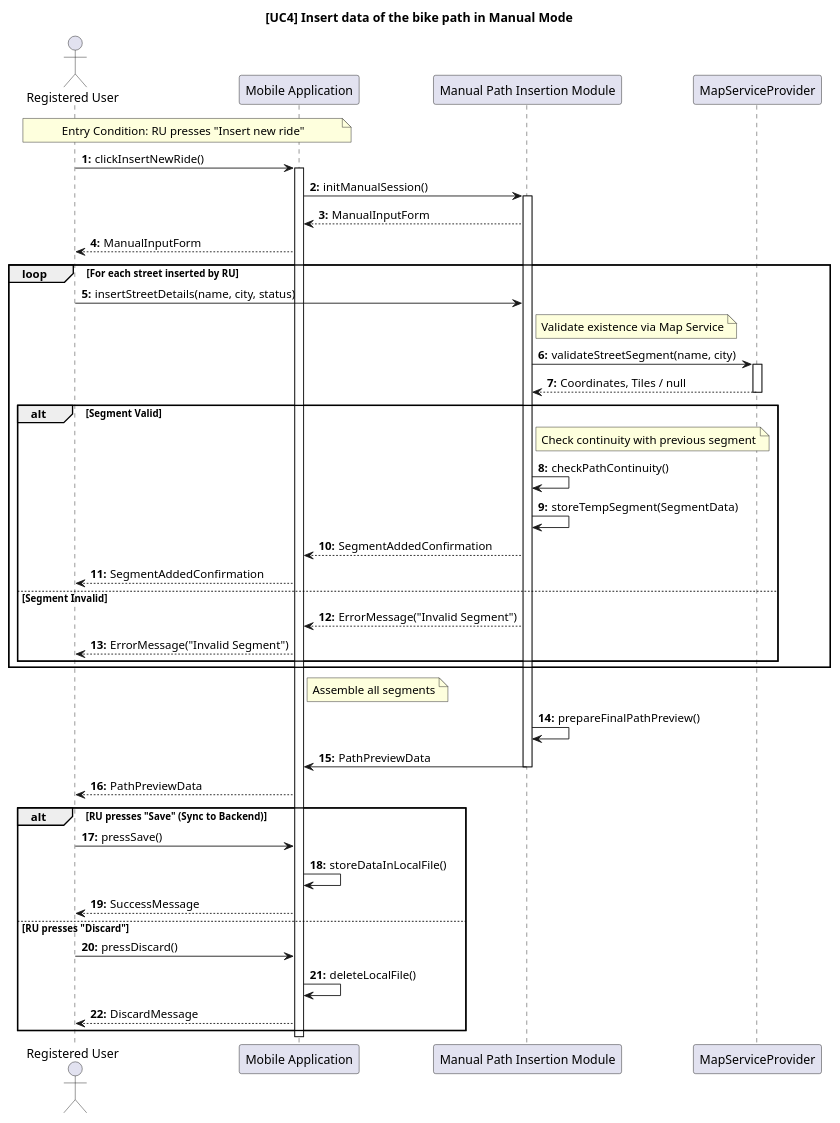
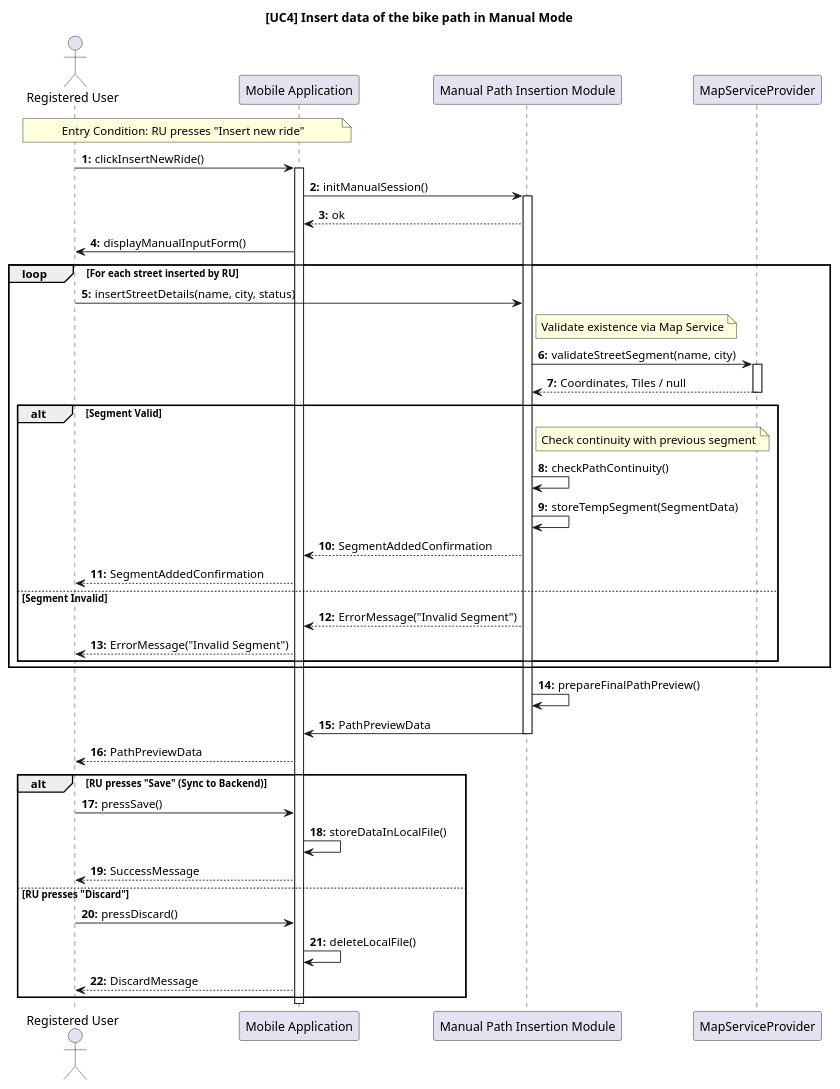
One commit to ilevinci/RubinoUvinsiVinciguerra changed the diagram in DD/sequencediagrams/usecase4.puml. Above: the diagram before and after it, drawn with PlantUML. The commit also changed 5 other files, not shown here.

Commit message:
further refinement of sequence diagrams

```diff
--- a/DD/sequencediagrams/usecase4.puml
+++ b/DD/sequencediagrams/usecase4.puml
@@ -1,82 +1,82 @@
 @startuml UC4_InsertManualMode_Design
 autonumber "<b>0:"
 title [UC4] Insert data of the bike path in Manual Mode
 
 ' =======================================================
 ' COMPONENT DEFINITION
 ' =======================================================
 actor "Registered User" as RU
 participant "Mobile Application" as Client
 participant "Manual Path Insertion Module" as MPIM
 
 ' External Service (Validazione Geografica)
 participant "MapServiceProvider" as Map
 
 ' =======================================================
 ' ENTRY CONDITION
 ' =======================================================
 note over RU, Client: Entry Condition: RU presses "Insert new ride"
 
 ' =======================================================
 ' INITIALIZATION
 ' =======================================================
 RU -> Client: clickInsertNewRide()
 activate Client
 Client -> MPIM: initManualSession()
 activate MPIM
-MPIM --> Client: ManualInputForm
-Client--> RU: ManualInputForm
+MPIM --> Client: ok
+Client-> RU: displayManualInputForm()
 
 ' =======================================================
 ' (a) & (b) ITERATIVE INSERTION & VALIDATION
 ' =======================================================
 loop For each street inserted by RU
     RU -> MPIM: insertStreetDetails(name, city, status)
     
     ' Validazione Esterna (Smart Client)
     note right of MPIM: Validate existence via Map Service
     MPIM -> Map: validateStreetSegment(name, city)
     activate Map
     Map --> MPIM: Coordinates, Tiles / null
     deactivate Map
     
     alt Segment Valid
         ' Validazione Logica Locale
         note right of MPIM: Check continuity with previous segment
         MPIM -> MPIM: checkPathContinuity()
         
         MPIM -> MPIM: storeTempSegment(SegmentData)
         MPIM --> Client: SegmentAddedConfirmation
         Client --> RU: SegmentAddedConfirmation
     else Segment Invalid
         MPIM --> Client: ErrorMessage("Invalid Segment")
         Client --> RU: ErrorMessage("Invalid Segment")
     end
 end
 
 ' =======================================================
 ' (c) PREVIEW
 ' =======================================================
-note right of Client: Assemble all segments
+
 MPIM -> MPIM: prepareFinalPathPreview()
 MPIM -> Client: PathPreviewData
 deactivate MPIM
 Client --> RU: PathPreviewData
 
 ' =======================================================
 ' EXIT CONDITION: SAVE OR DISCARD
 ' =======================================================
 alt RU presses "Save" (Sync to Backend)
     RU -> Client: pressSave()
     
     Client -> Client: storeDataInLocalFile()
     Client --> RU: SuccessMessage
 
 else RU presses "Discard"
     RU -> Client: pressDiscard()
     Client -> Client: deleteLocalFile()
     Client --> RU: DiscardMessage
 end
 
 deactivate Client
 @enduml
```
